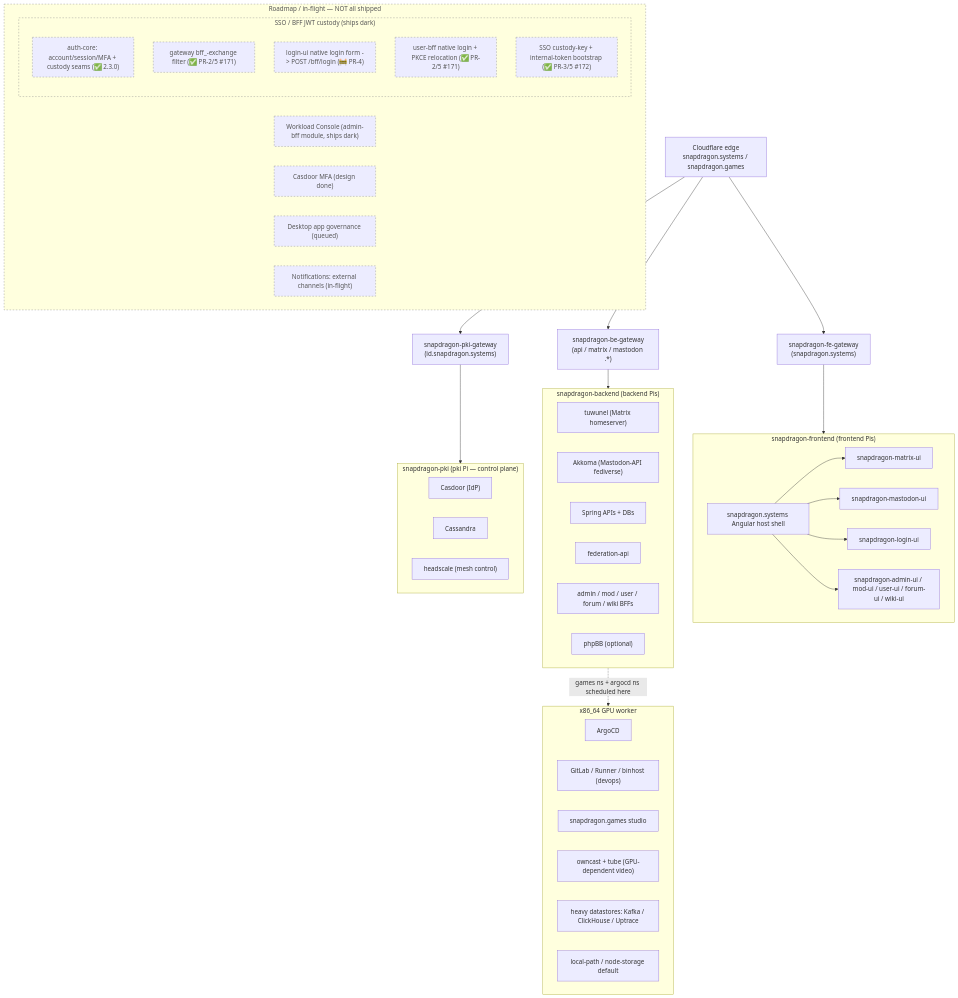
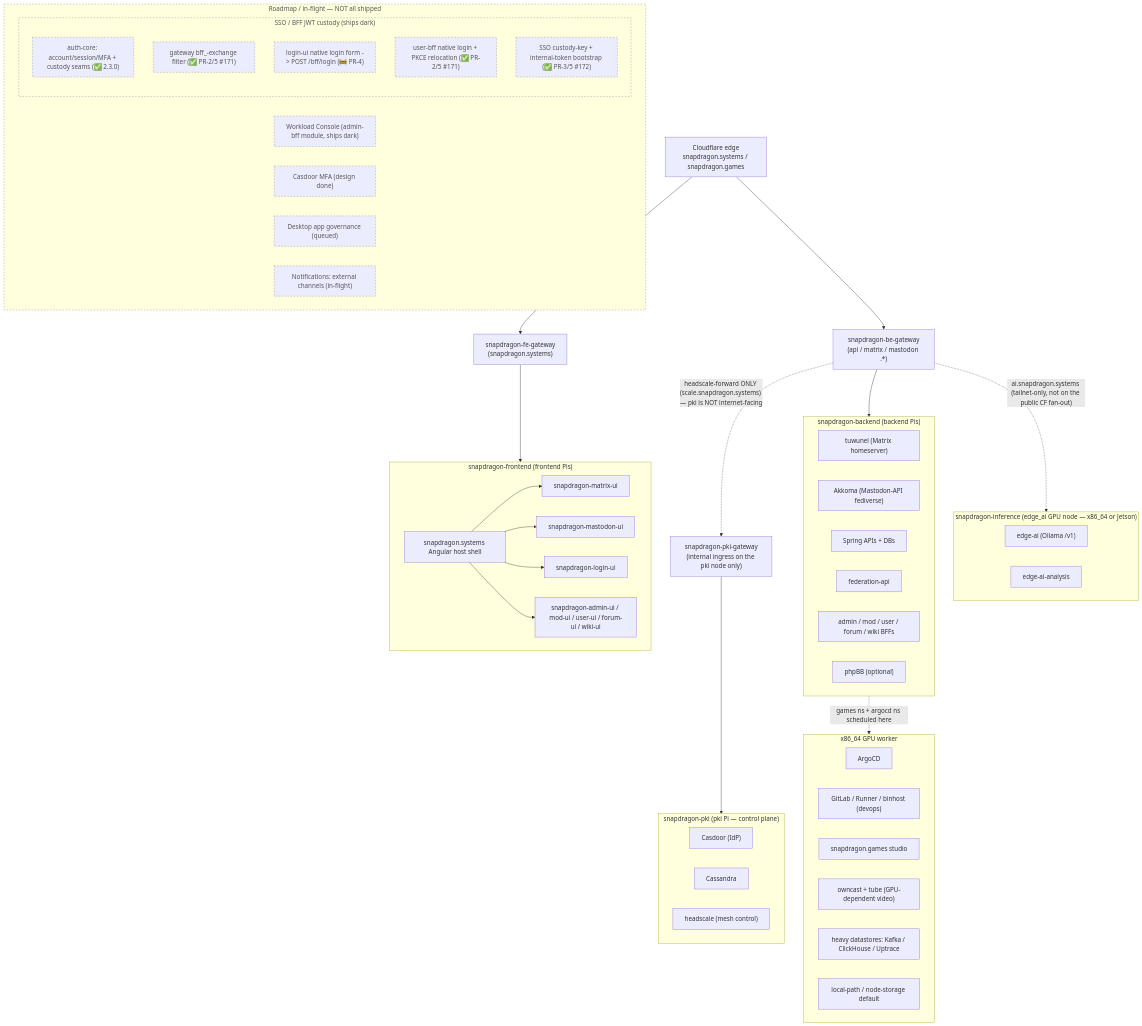
Before and after one commit to hugmesh/hugmesh-generator: the first of 2 diagrams in docs/ARCHITECTURE.md, drawn with Mermaid. The commit also changed other lines of this file and 5 other files, not shown here.

````diff
--- a/docs/ARCHITECTURE.md
+++ b/docs/ARCHITECTURE.md
@@ -25,61 +25,67 @@
 ```mermaid
 flowchart TD
     CF["Cloudflare edge<br/>snapdragon.systems / snapdragon.games"]
     CF --> FEGW["snapdragon-fe-gateway<br/>(snapdragon.systems)"]
     CF --> BEGW["snapdragon-be-gateway<br/>(api / matrix / mastodon .*)"]
-    CF --> PKIGW["snapdragon-pki-gateway<br/>(id.snapdragon.systems)"]
 
     subgraph FE["snapdragon-frontend (frontend Pis)"]
         HOST["snapdragon.systems Angular host shell"]
         HOST --> MUI["snapdragon-matrix-ui"]
         HOST --> MASTUI["snapdragon-mastodon-ui"]
         HOST --> LOGINUI["snapdragon-login-ui"]
         HOST --> ADMINUI["snapdragon-admin-ui / mod-ui / user-ui / forum-ui / wiki-ui"]
     end
 
     subgraph BE["snapdragon-backend (backend Pis)"]
         TUW["tuwunel (Matrix homeserver)"]
         AKK["Akkoma (Mastodon-API fediverse)"]
         APIS["Spring APIs + DBs"]
         FEDAPI["federation-api"]
         BFFS["admin / mod / user / forum / wiki BFFs"]
         PHPBB["phpBB (optional)"]
     end
 
     subgraph PKI["snapdragon-pki (pki Pi — control plane)"]
         CAS["Casdoor (IdP)"]
         CASS["Cassandra"]
         HS["headscale (mesh control)"]
     end
 
+    subgraph INFER["snapdragon-inference (edge_ai GPU node — x86_64 or Jetson)"]
+        EDGEAI["edge-ai (Ollama /v1)"]
+        EDGEAIAN["edge-ai-analysis"]
+    end
+
     subgraph X86["x86_64 GPU worker"]
         ARGO["ArgoCD"]
         DEVOPS["GitLab / Runner / binhost (devops)"]
         GAMES["snapdragon.games studio"]
         VIDEO["owncast + tube (GPU-dependent video)"]
         HEAVY["heavy datastores: Kafka / ClickHouse / Uptrace"]
         STORE["local-path / node-storage default"]
     end
 
     FEGW --> FE
     BEGW --> BE
+    BE -. "games ns + argocd ns scheduled here" .-> X86
+    BEGW -. "ai.snapdragon.systems (tailnet-only, not on the public CF fan-out)" .-> INFER
+    BEGW -. "headscale-forward ONLY (scale.snapdragon.systems) — pki is NOT internet-facing" .-> PKIGW["snapdragon-pki-gateway<br/>(internal ingress on the pki node only)"]
     PKIGW --> PKI
-    BE -. "games ns + argocd ns scheduled here" .-> X86
 
     subgraph ROADMAP["Roadmap / in-flight — NOT all shipped"]
         WC["Workload Console (admin-bff module, ships dark)"]
         MFA["Casdoor MFA (design done)"]
         DESKGOV["Desktop app governance (queued)"]
         NOTIFY["Notifications: external channels (in-flight)"]
         subgraph SSO["SSO / BFF JWT custody (ships dark)"]
             AUTHCORE["auth-core: account/session/MFA + custody seams (✅ 2.3.0)"]
             GWEXCH["gateway bff_-exchange filter (✅ PR-2/5 #171)"]
             LOGINOIDC["login-ui native login form -> POST /bff/login (🚧 PR-4)"]
             UBRELOC["user-bff native login + PKCE relocation (✅ PR-2/5 #171)"]
             CUSTKEY["SSO custody-key + internal-token bootstrap (✅ PR-3/5 #172)"]
         end
     end
 
     classDef planned stroke-dasharray:4,stroke:#888,color:#555;
     class ROADMAP,WC,MFA,DESKGOV,NOTIFY,SSO,AUTHCORE,GWEXCH,LOGINOIDC,UBRELOC,CUSTKEY planned;
 ```
````
